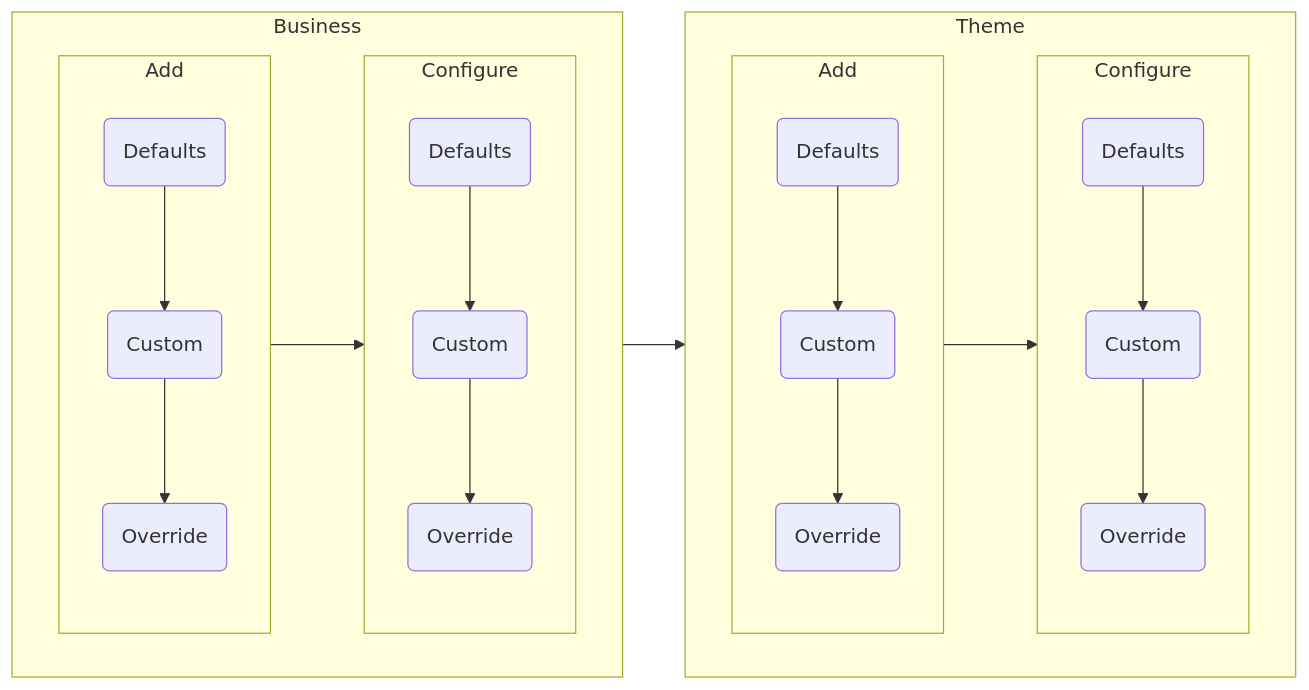
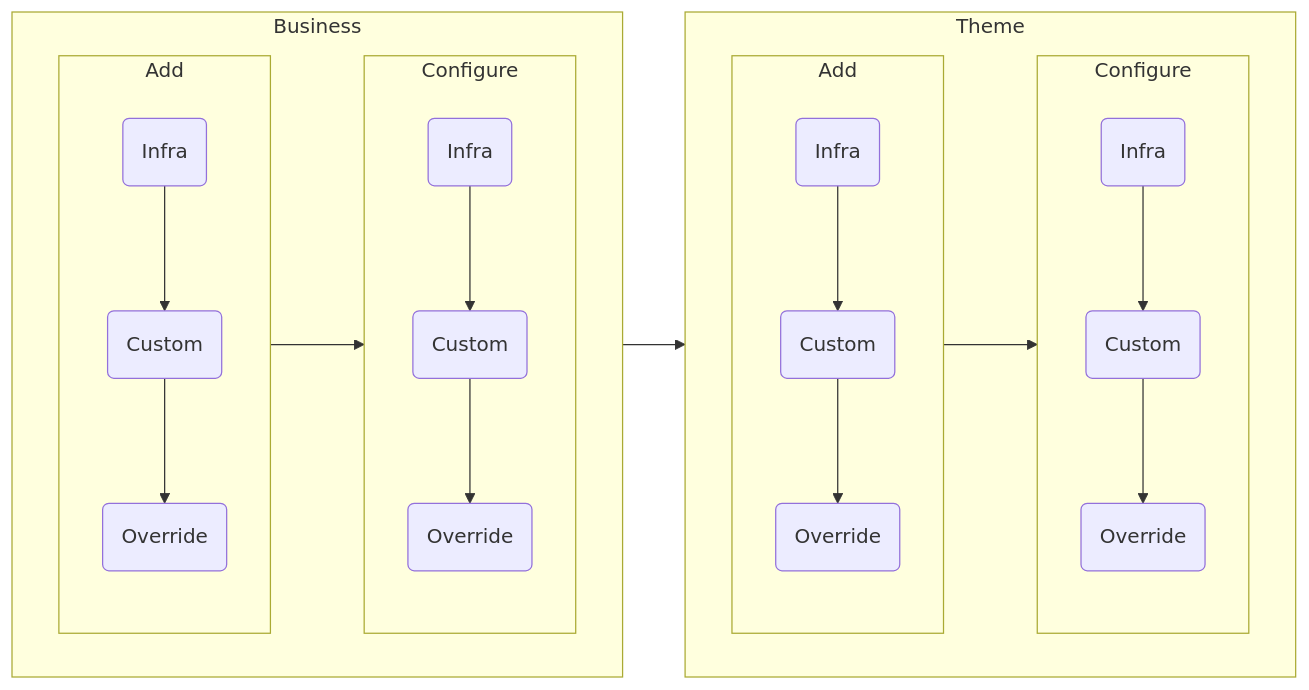
One commit to mouseless/baked changed the second of 2 diagrams in docs/recipes/monolith.md. Above: the diagram before and after it, drawn with Mermaid. The commit also changed 40 other files, not shown here.

Commit message:
rename `Defaults` level to `Infra`

````diff
--- a/docs/recipes/monolith.md
+++ b/docs/recipes/monolith.md
@@ -142,47 +142,47 @@
 ```mermaid
 flowchart LR
 
-  BDA(Defaults)
+  BIA(Infra)
   BCA(Custom)
   BOA(Override)
 
-  BDC(Defaults)
+  BIC(Infra)
   BCC(Custom)
   BOC(Override)
 
-  TDA(Defaults)
+  TIA(Infra)
   TCA(Custom)
   TOA(Override)
 
-  TDC(Defaults)
+  TIC(Infra)
   TCC(Custom)
   TOC(Override)
 
   subgraph Business
     direction LR
     subgraph BA[Add]
       direction TD
-      BDA --> BCA --> BOA
+      BIA --> BCA --> BOA
     end
     subgraph BC[Configure]
       direction TD
-      BDC --> BCC --> BOC
+      BIC --> BCC --> BOC
     end
   end
 
   subgraph Theme
     direction LR
     subgraph TA[Add]
       direction TD
-      TDA --> TCA --> TOA
+      TIA --> TCA --> TOA
     end
     subgraph TC[Configure]
       direction TD
-      TDC --> TCC --> TOC
+      TIC --> TCC --> TOC
     end
   end
 
   BA --> BC
   TA --> TC
   Business --> Theme
 ```
````
